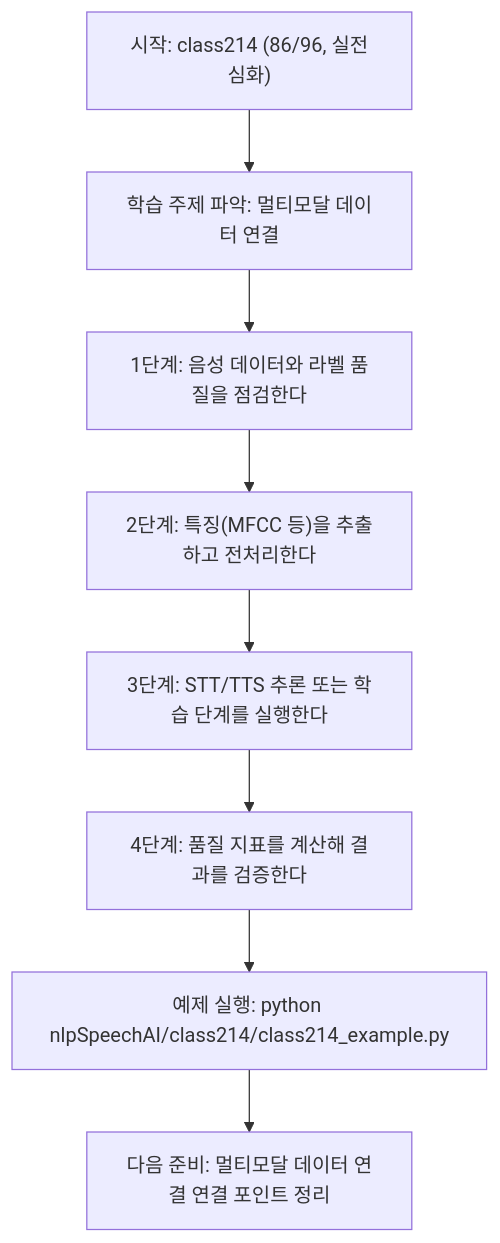
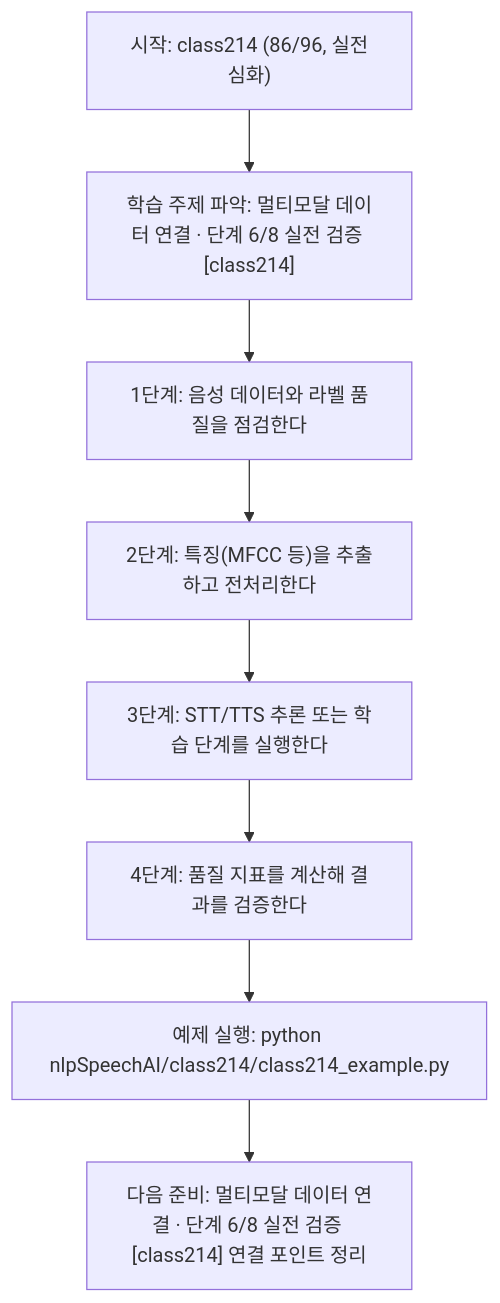
Before and after one commit to edumgt/Python-AI_Agent-Class: the diagram in nlpSpeechAI/class214/class214.md, drawn with Mermaid. The commit also changed other lines of this file and 522 other files, not shown here.

````diff
--- a/nlpSpeechAI/class214/class214.md
+++ b/nlpSpeechAI/class214/class214.md
@@ -113,18 +114,18 @@
 ```mermaid
 flowchart TD
 N1["시작: class214 (86/96, 실전심화)"]
-N2["학습 주제 파악: 멀티모달 데이터 연결"]
+N2["학습 주제 파악: 멀티모달 데이터 연결 · 단계 6/8 실전 검증 [class214]"]
 N3["1단계: 음성 데이터와 라벨 품질을 점검한다"]
 N4["2단계: 특징(MFCC 등)을 추출하고 전처리한다"]
 N5["3단계: STT/TTS 추론 또는 학습 단계를 실행한다"]
 N6["4단계: 품질 지표를 계산해 결과를 검증한다"]
 N7["예제 실행: python nlpSpeechAI/class214/class214_example.py"]
-N8["다음 준비: 멀티모달 데이터 연결 연결 포인트 정리"]
+N8["다음 준비: 멀티모달 데이터 연결 · 단계 6/8 실전 검증 [class214] 연결 포인트 정리"]
 N1 --> N2
 N2 --> N3
 N3 --> N4
 N4 --> N5
 N5 --> N6
 N6 --> N7
 N7 --> N8
 ```
````
